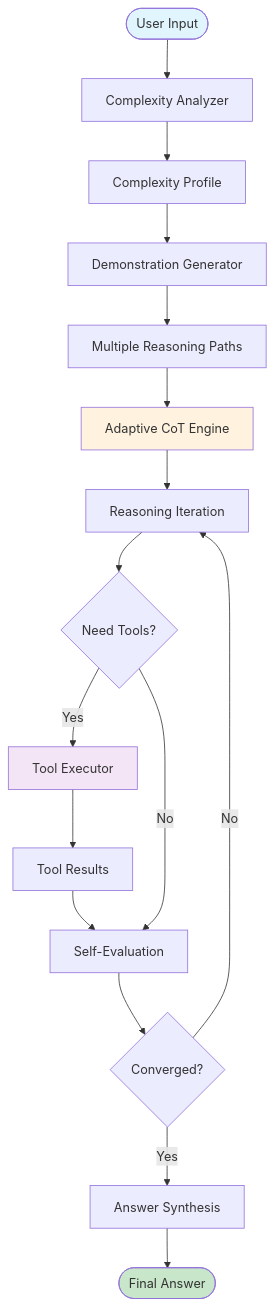
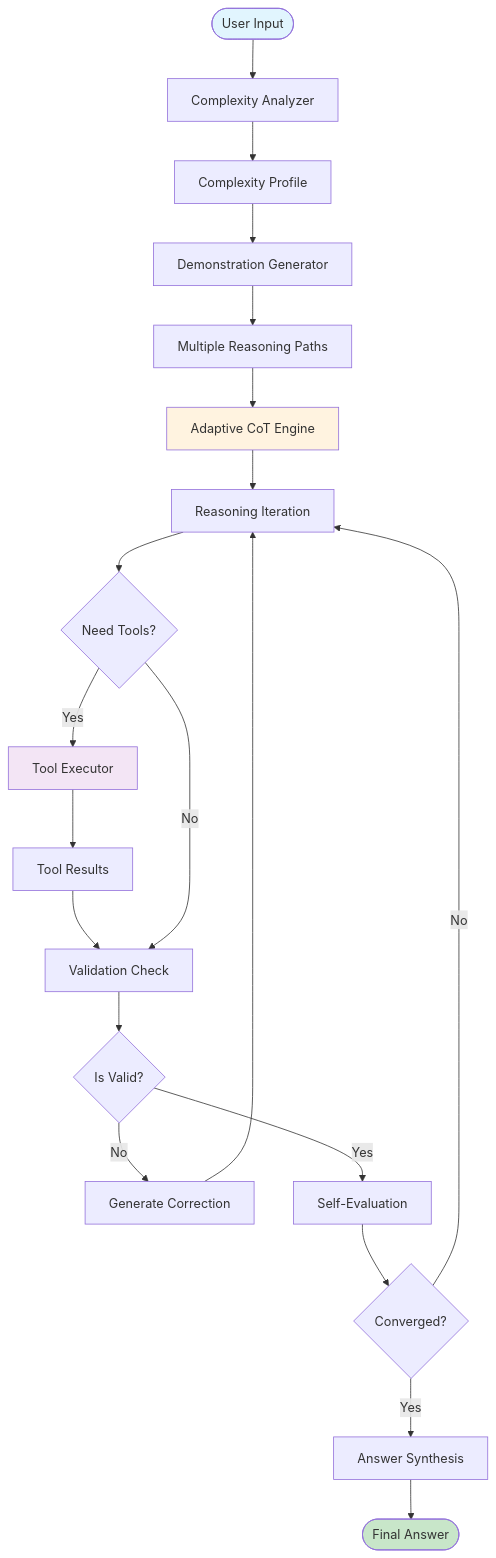
The first of 6 diagrams in adaptativeCOT.md (iapourtous/UXMPC), drawn with Mermaid before and after one commit. The commit also changed other lines of this file and 3 other files, not shown here.

````diff
--- a/adaptativeCOT.md
+++ b/adaptativeCOT.md
@@ -9,30 +13,35 @@
 ```mermaid
 graph TB
     Start([User Input]) --> Analyzer[Complexity Analyzer]
     Analyzer --> Profile[Complexity Profile]
     
     Profile --> Generator[Demonstration Generator]
     Generator --> Paths[Multiple Reasoning Paths]
     
     Paths --> Engine[Adaptive CoT Engine]
     
     Engine --> Iteration[Reasoning Iteration]
     Iteration --> Tools{Need Tools?}
     
     Tools -->|Yes| ToolExec[Tool Executor]
     ToolExec --> ToolResult[Tool Results]
-    ToolResult --> Evaluation
+    ToolResult --> Validation
     
-    Tools -->|No| Evaluation[Self-Evaluation]
+    Tools -->|No| Validation[Validation Check]
+    
+    Validation --> Valid{Is Valid?}
+    Valid -->|No| Correction[Generate Correction]
+    Correction --> Iteration
+    Valid -->|Yes| Evaluation[Self-Evaluation]
     
     Evaluation --> Convergence{Converged?}
     Convergence -->|No| Iteration
     Convergence -->|Yes| Synthesis[Answer Synthesis]
     
     Synthesis --> Response([Final Answer])
     
     style Start fill:#e1f5fe
     style Response fill:#c8e6c9
     style Engine fill:#fff3e0
     style ToolExec fill:#f3e5f5
 ```
````
